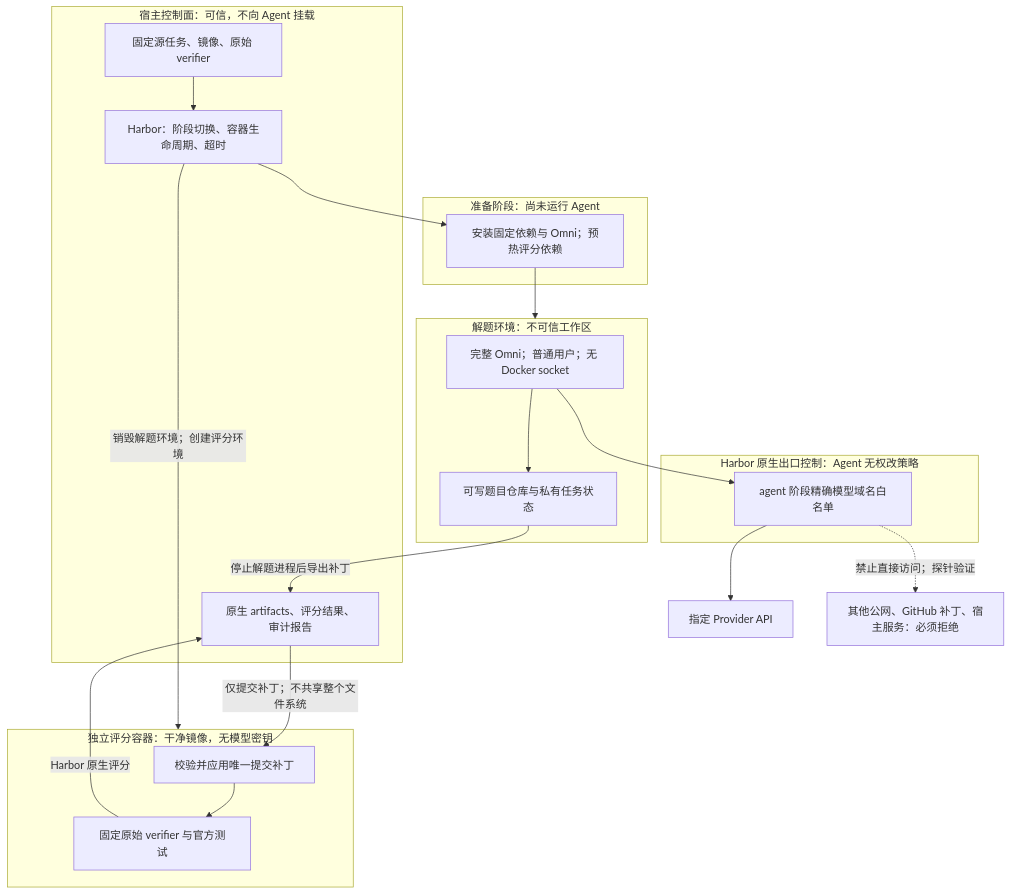
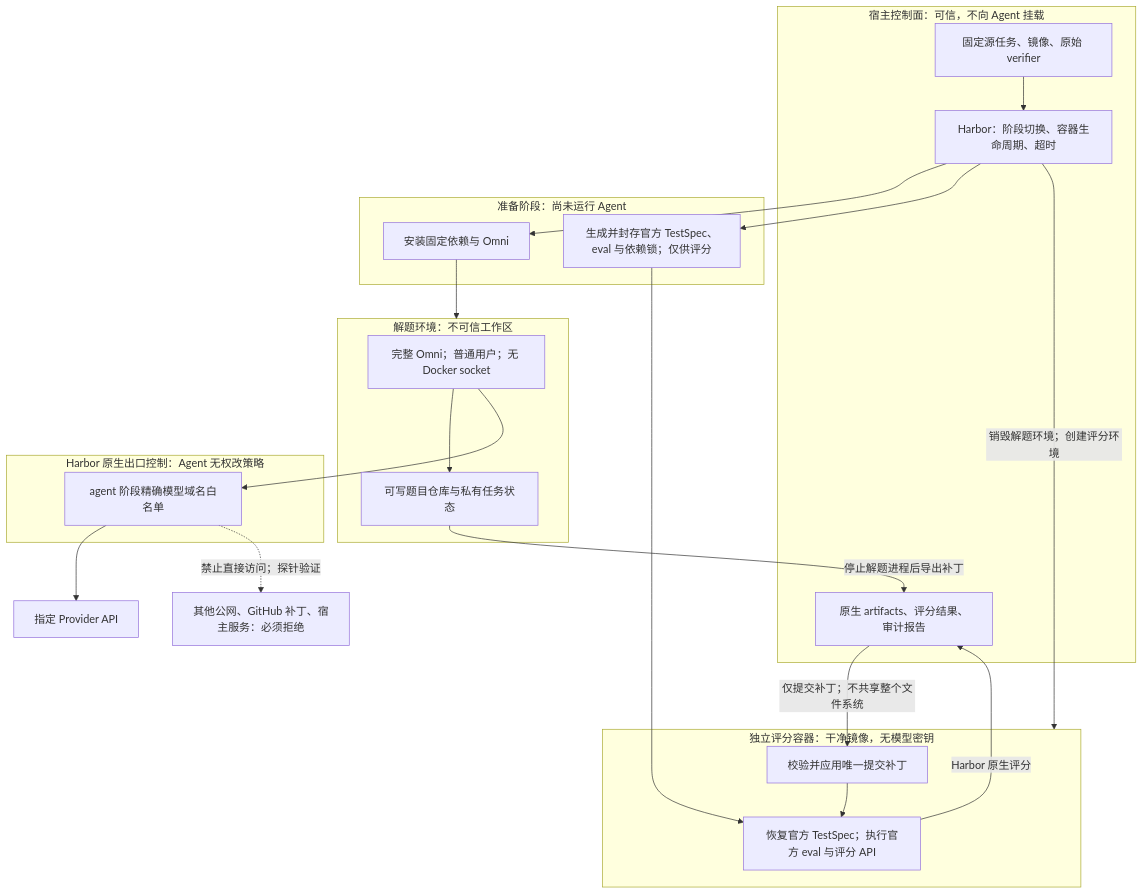
One commit to xdnloveme/omni-agent changed the fifth of 6 diagrams in docs/plans/benchmark-integration-v1.md. Above: the diagram before and after it, drawn with Mermaid. The commit also changed other lines of this file and 132 other files, not shown here.

````diff
--- a/docs/plans/benchmark-integration-v1.md
+++ b/docs/plans/benchmark-integration-v1.md
@@ -40,36 +392,39 @@
 ```mermaid
 flowchart TB
   subgraph H["宿主控制面：可信，不向 Agent 挂载"]
     SRC["固定源任务、镜像、原始 verifier"]
     JOB["Harbor：阶段切换、容器生命周期、超时"]
     OUT["原生 artifacts、评分结果、审计报告"]
     SRC --> JOB
   end
   subgraph P["准备阶段：尚未运行 Agent"]
-    BUILD["安装固定依赖与 Omni；预热评分依赖"]
+    BUILD["安装固定依赖与 Omni"]
+    SPEC["生成并封存官方 TestSpec、eval 与依赖锁；仅供评分"]
   end
   subgraph S["解题环境：不可信工作区"]
     AG["完整 Omni；普通用户；无 Docker socket"]
     REPO["可写题目仓库与私有任务状态"]
     AG --> REPO
   end
   subgraph N["Harbor 原生出口控制：Agent 无权改策略"]
     EG["agent 阶段精确模型域名白名单"]
   end
   API["指定 Provider API"]
   BLOCK["其他公网、GitHub 补丁、宿主服务：必须拒绝"]
   subgraph V["独立评分容器：干净镜像，无模型密钥"]
     PATCH["校验并应用唯一提交补丁"]
-    TEST["固定原始 verifier 与官方测试"]
+    TEST["恢复官方 TestSpec；执行官方 eval 与评分 API"]
     PATCH --> TEST
   end
   JOB --> BUILD
+  JOB --> SPEC
+  SPEC --> TEST
   BUILD --> S
   AG --> EG
   EG --> API
   EG -. 禁止直接访问；探针验证 .-> BLOCK
   REPO -->|停止解题进程后导出补丁| OUT
   OUT -->|仅提交补丁；不共享整个文件系统| PATCH
   JOB -->|销毁解题环境；创建评分环境| V
   TEST -->|Harbor 原生评分| OUT
 ```
````
